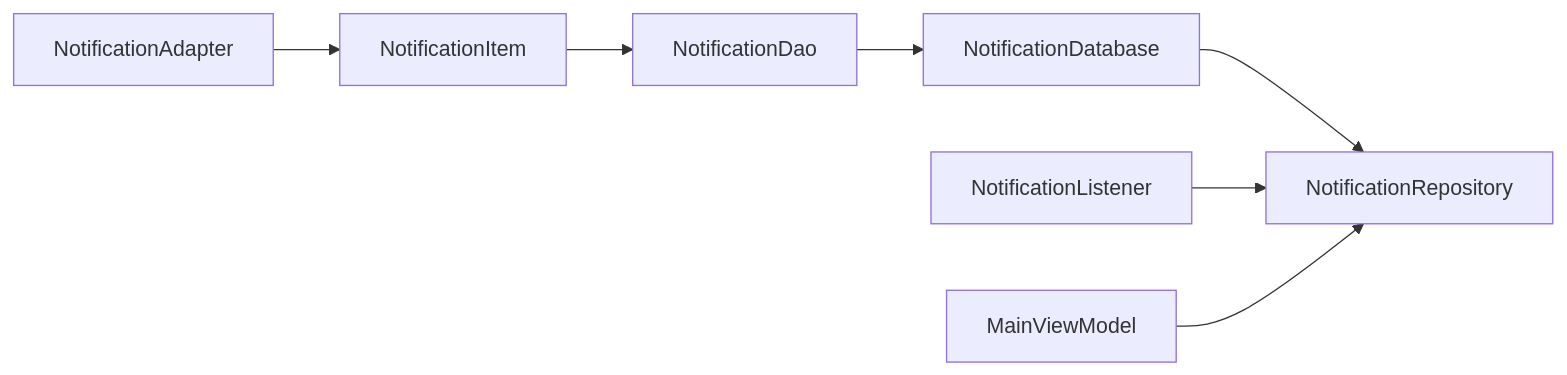
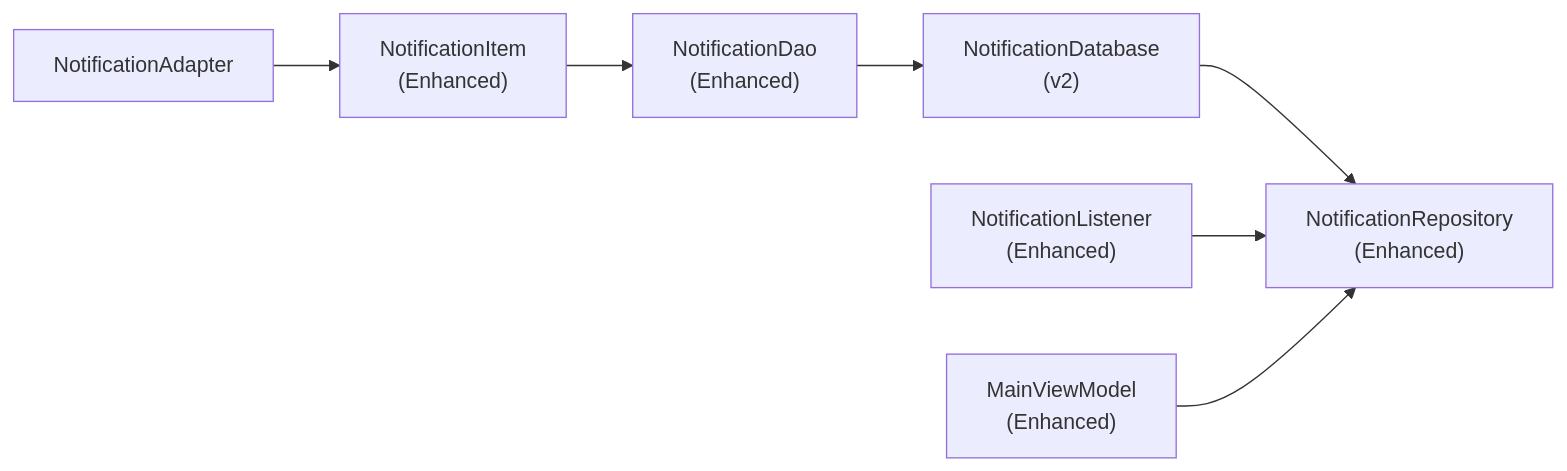
The fifth of 5 diagrams in .qoder/repowiki/en/content/Data Management/Entity Models.md (caldefoc/NotificationLog), drawn with Mermaid before and after one commit. The commit also changed other lines of this file and 13 other files, not shown here.

````diff
--- a/.qoder/repowiki/en/content/Data Management/Entity Models.md
+++ b/.qoder/repowiki/en/content/Data Management/Entity Models.md
@@ -323,9 +402,9 @@
 ```mermaid
 graph LR
-NI["NotificationItem"] --> DAO["NotificationDao"]
-DAO --> DB["NotificationDatabase"]
-DB --> RC["NotificationRepository"]
-NL["NotificationListener"] --> RC
-VM["MainViewModel"] --> RC
+NI["NotificationItem<br/>(Enhanced)"] --> DAO["NotificationDao<br/>(Enhanced)"]
+DAO --> DB["NotificationDatabase<br/>(v2)"]
+DB --> RC["NotificationRepository<br/>(Enhanced)"]
+NL["NotificationListener<br/>(Enhanced)"] --> RC
+VM["MainViewModel<br/>(Enhanced)"] --> RC
 AD["NotificationAdapter"] --> NI
 ```
````
